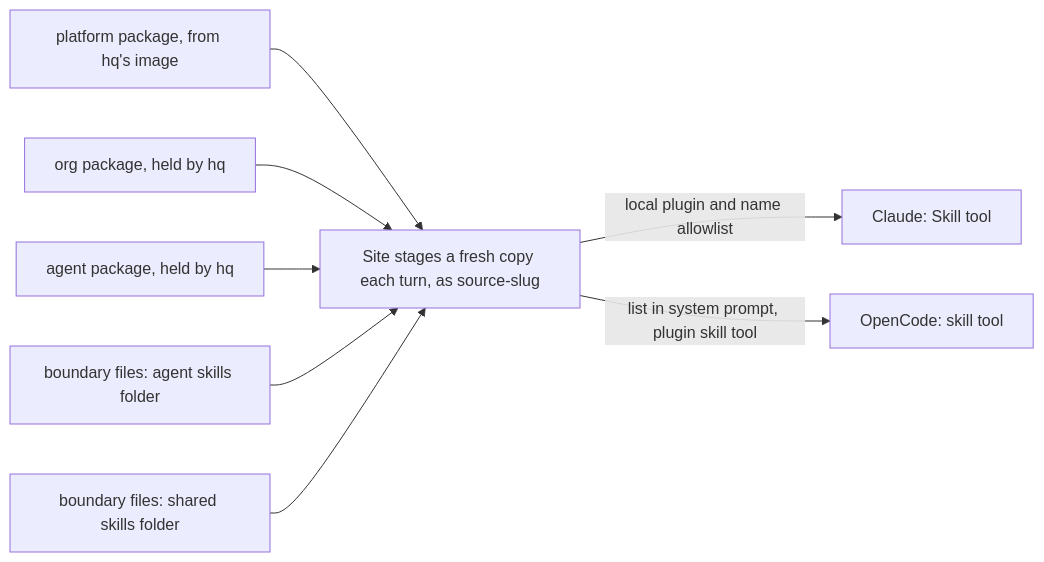
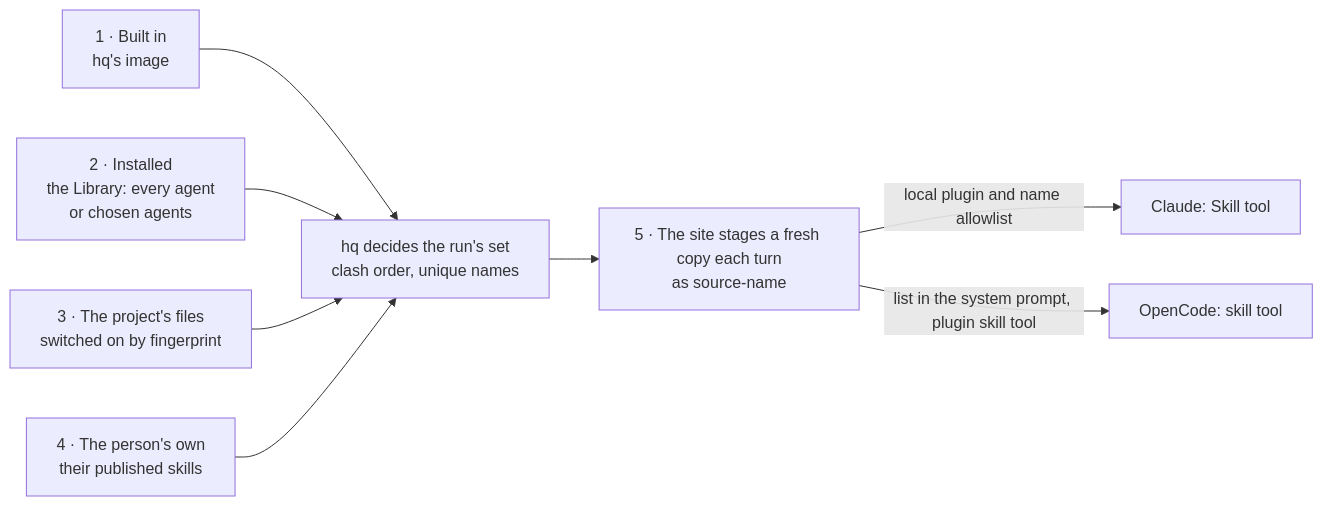
Before and after one commit to solution84-com/agenthix: the diagram in docs/concepts/skills/skills.md, drawn with Mermaid. The commit also changed other lines of this file and 255 other files, not shown here.

First line of the commit message:
test(skills): the skills unit proved and described — the security suite, cross-app scenarios, e2e, the guide, concepts and architecture, and what they found

````diff
--- a/docs/concepts/skills/skills.md
+++ b/docs/concepts/skills/skills.md
@@ -3,11 +3,11 @@
 ```mermaid
 flowchart LR
-    P["platform package, from hq's image"] --> ST
-    O["org package, held by hq"] --> ST
-    A["agent package, held by hq"] --> ST
-    B["boundary files: agent skills folder"] --> ST
-    H["boundary files: shared skills folder"] --> ST
-    ST["Site stages a fresh copy each turn, as source-slug"]
+    BI["1 · Built in<br/>hq's image"] --> HQ
+    IN["2 · Installed<br/>the Library: every agent<br/>or chosen agents"] --> HQ
+    HQ["hq decides the run's set<br/>clash order, unique names"] --> ST
+    PR["3 · The project's files<br/>switched on by fingerprint"] --> HQ
+    PE["4 · The person's own<br/>their published skills"] --> HQ
+    ST["5 · The site stages a fresh copy each turn<br/>as source-name"]
     ST -->|"local plugin and name allowlist"| C["Claude: Skill tool"]
-    ST -->|"list in system prompt, plugin skill tool"| OC["OpenCode: skill tool"]
+    ST -->|"list in the system prompt, plugin skill tool"| OC["OpenCode: skill tool"]
 ```
````
